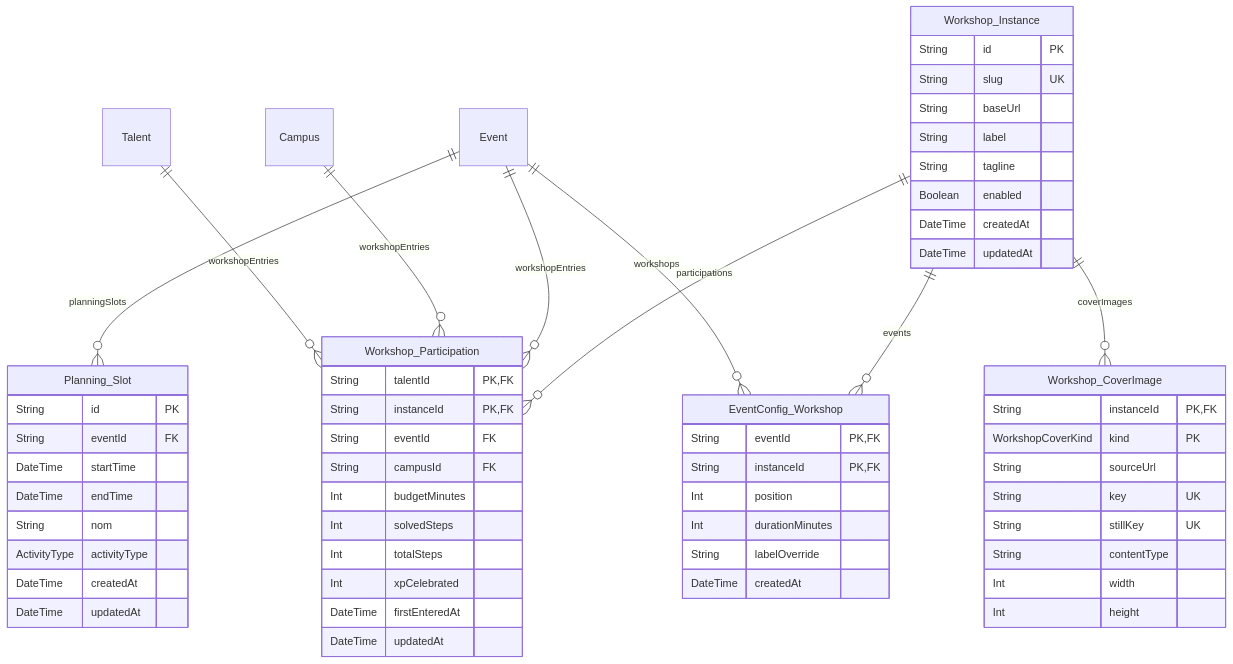
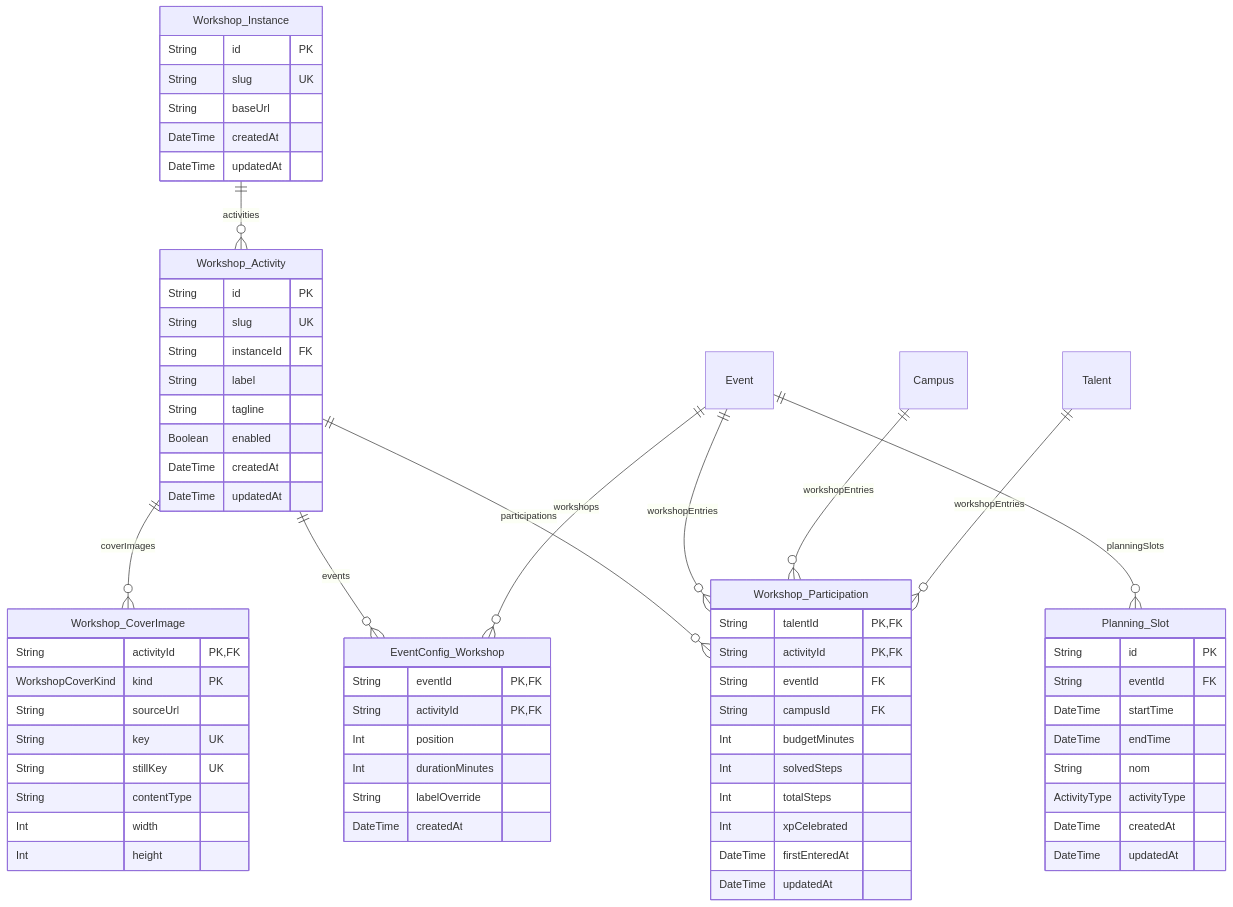
Before and after one commit to Manta-Epitech-Academy/jump: the fifth of 13 diagrams in frontend/docs/database.md, drawn with Mermaid. The commit also changed other lines of this file, not shown here.

Commit message:
docs(db): regenerate the schema map
The map still listed Feedback_Submission.matchedAt, which this branch drops. Regenerating it also catches up drift that dev already carried: the Workshop_Activity split from Workshop_Instance and Feedback_Form.personaIconSourceUrl.

````diff
--- a/frontend/docs/database.md
+++ b/frontend/docs/database.md
@@ -568,67 +568,75 @@
 ```mermaid
 erDiagram
   Planning_Slot {
     String id PK
     String eventId FK
     DateTime startTime
     DateTime endTime
     String nom
     ActivityType activityType
     DateTime createdAt
     DateTime updatedAt
   }
   Workshop_Instance {
     String id PK
     String slug UK
     String baseUrl
+    DateTime createdAt
+    DateTime updatedAt
+  }
+  Workshop_Activity {
+    String id PK
+    String slug UK
+    String instanceId FK
     String label
     String tagline
     Boolean enabled
     DateTime createdAt
     DateTime updatedAt
   }
   EventConfig_Workshop {
     String eventId PK,FK
-    String instanceId PK,FK
+    String activityId PK,FK
     Int position
     Int durationMinutes
     String labelOverride
     DateTime createdAt
   }
   Workshop_Participation {
     String talentId PK,FK
-    String instanceId PK,FK
+    String activityId PK,FK
     String eventId FK
     String campusId FK
     Int budgetMinutes
     Int solvedSteps
     Int totalSteps
     Int xpCelebrated
     DateTime firstEnteredAt
     DateTime updatedAt
   }
   Workshop_CoverImage {
-    String instanceId PK,FK
+    String activityId PK,FK
     WorkshopCoverKind kind PK
     String sourceUrl
     String key UK
     String stillKey UK
     String contentType
     Int width
     Int height
   }
   Talent {
   }
   Campus {
   }
   Event {
   }
   Talent ||--o{ Workshop_Participation : "workshopEntries"
   Campus ||--o{ Workshop_Participation : "workshopEntries"
   Event ||--o{ Planning_Slot : "planningSlots"
   Event ||--o{ EventConfig_Workshop : "workshops"
   Event ||--o{ Workshop_Participation : "workshopEntries"
-  Workshop_Instance ||--o{ EventConfig_Workshop : "events"
-  Workshop_Instance ||--o{ Workshop_Participation : "participations"
-  Workshop_Instance ||--o{ Workshop_CoverImage : "coverImages"
+  Workshop_Instance ||--o{ Workshop_Activity : "activities"
+  Workshop_Activity ||--o{ EventConfig_Workshop : "events"
+  Workshop_Activity ||--o{ Workshop_Participation : "participations"
+  Workshop_Activity ||--o{ Workshop_CoverImage : "coverImages"
 ```
````
